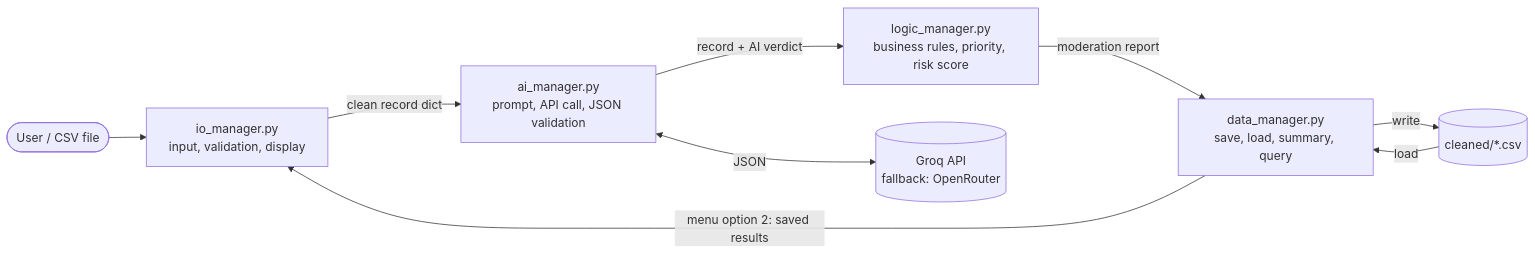
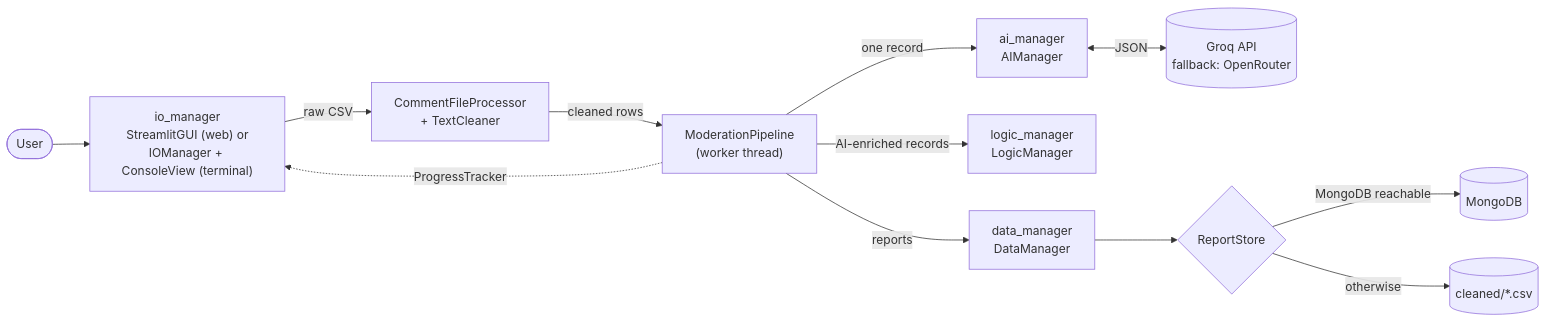
Before and after one commit to GreyCatCoding/INF1103-P10-T4: the first of 3 diagrams in README.md, drawn with Mermaid. The commit also changed other lines of this file, not shown here.

````diff
--- a/README.md
+++ b/README.md
@@ -15,11 +24,14 @@
 ```mermaid
 flowchart LR
-    U([User / CSV file]) --> IO[io_manager.py<br/>input, validation, display]
-    IO -->|clean record dict| AI[ai_manager.py<br/>prompt, API call, JSON validation]
-    AI -->|record + AI verdict| LM[logic_manager.py<br/>business rules, priority, risk score]
-    LM -->|moderation report| DM[data_manager.py<br/>save, load, summary, query]
-    DM -->|write| FS[("cleaned/*.csv")]
-    FS -->|"load"| DM
-    DM -->|"menu option 2: saved results"| IO
-    AI <-->|JSON| API[(Groq API<br/>fallback: OpenRouter)]
+    U([User]) --> UI["io_manager<br/>StreamlitGUI (web) or<br/>IOManager + ConsoleView (terminal)"]
+    UI -->|raw CSV| CFP["CommentFileProcessor<br/>+ TextCleaner"]
+    CFP -->|cleaned rows| P["ModerationPipeline<br/>(worker thread)"]
+    P -->|one record| AI["ai_manager<br/>AIManager"]
+    AI <-->|JSON| API[("Groq API<br/>fallback: OpenRouter")]
+    P -->|AI-enriched records| LM["logic_manager<br/>LogicManager"]
+    P -->|reports| DM["data_manager<br/>DataManager"]
+    DM --> RS{ReportStore}
+    RS -->|MongoDB reachable| MDB[(MongoDB)]
+    RS -->|otherwise| CSV[("cleaned/*.csv")]
+    P -. ProgressTracker .-> UI
 ```
````
